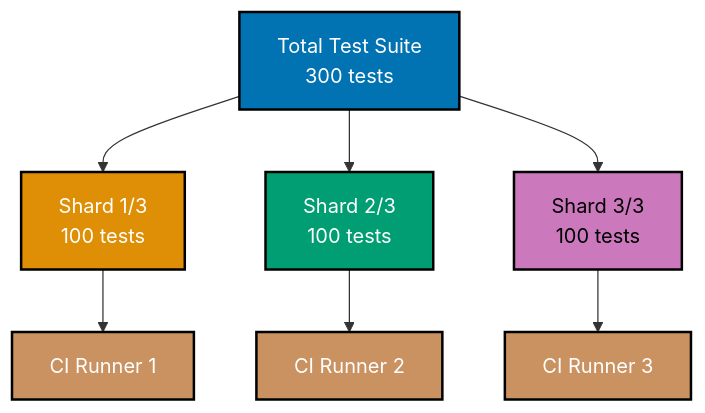
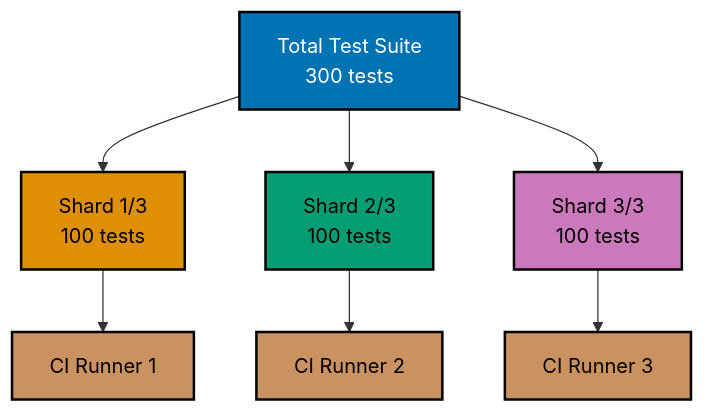
Before and after one commit to wahidyankf/ose-public: the third of 9 diagrams in apps/ayokoding-www/content/en/learn/legacy/software-engineering/automation-testing/tools/vitest/by-example/advanced.md, drawn with Mermaid. The commit also changed other lines of this file and 131 other files, not shown here.

First line of the commit message:
fix(mermaid): bring the legacy data, infrastructure, and testing diagrams onto the accessible palette

````diff
--- a/apps/ayokoding-www/content/en/learn/legacy/software-engineering/automation-testing/tools/vitest/by-example/advanced.md
+++ b/apps/ayokoding-www/content/en/learn/legacy/software-engineering/automation-testing/tools/vitest/by-example/advanced.md
@@ -400,18 +416,26 @@
 ```mermaid
 %% Color Palette: Blue #0173B2, Orange #DE8F05, Teal #029E73, Purple #CC78BC, Brown #CA9161
 graph TD
+    accTitle: Example 64: Test Sharding for CI
+    accDescr: Graph with 7 nodes and 6 connections. Nodes: Total Test Suite 300 tests, Shard 1/3 100 tests, Shard 2/3 100 tests, Shard 3/3 100 tests, CI Runner 1, CI Runner 2, CI Runner 3. Connections: Total Test Suite 300 tests to Shard 1/3 100 tests, Total Test Suite 300 tests to Shard 2/3 100 tests, Total Test Suite 300 tests to Shard 3/3 100 tests, Shard 1/3 100 tests to CI Runner 1, Shard 2/3 100 tests to CI Runner 2, Shard 3/3 100 tests to CI Runner 3.
     A["Total Test Suite<br/>300 tests"] --> B["Shard 1/3<br/>100 tests"]
     A --> C["Shard 2/3<br/>100 tests"]
     A --> D["Shard 3/3<br/>100 tests"]
     B --> E["CI Runner 1"]
     C --> F["CI Runner 2"]
     D --> G["CI Runner 3"]
 
-    style A fill:#0173B2,stroke:#000000,stroke-width:2px,color:#fff
-    style B fill:#DE8F05,stroke:#000000,stroke-width:2px,color:#fff
-    style C fill:#029E73,stroke:#000000,stroke-width:2px,color:#fff
-    style D fill:#CC78BC,stroke:#000000,stroke-width:2px,color:#000
-    style E fill:#CA9161,stroke:#000000,stroke-width:2px,color:#fff
-    style F fill:#CA9161,stroke:#000000,stroke-width:2px,color:#fff
-    style G fill:#CA9161,stroke:#000000,stroke-width:2px,color:#fff
+    classDef pal-0173B2 fill:#0173B2,stroke:#000000,color:#FFFFFF,stroke-width:2px
+    class A pal-0173B2
+    classDef pal-DE8F05 fill:#DE8F05,stroke:#000000,color:#000000,stroke-width:2px
+    class B pal-DE8F05
+    classDef pal-029E73 fill:#029E73,stroke:#000000,color:#000000,stroke-width:2px
+    class C pal-029E73
+    classDef pal-CC78BC fill:#CC78BC,stroke:#000000,color:#000000,stroke-width:2px
+    class D pal-CC78BC
+    classDef pal-CA9161 fill:#CA9161,stroke:#000000,color:#000000,stroke-width:2px
+    class E pal-CA9161
+    class F pal-CA9161
+    class G pal-CA9161
+    classDef default fill:#FFFFFF,stroke:#000000,color:#000000
 ```
````
